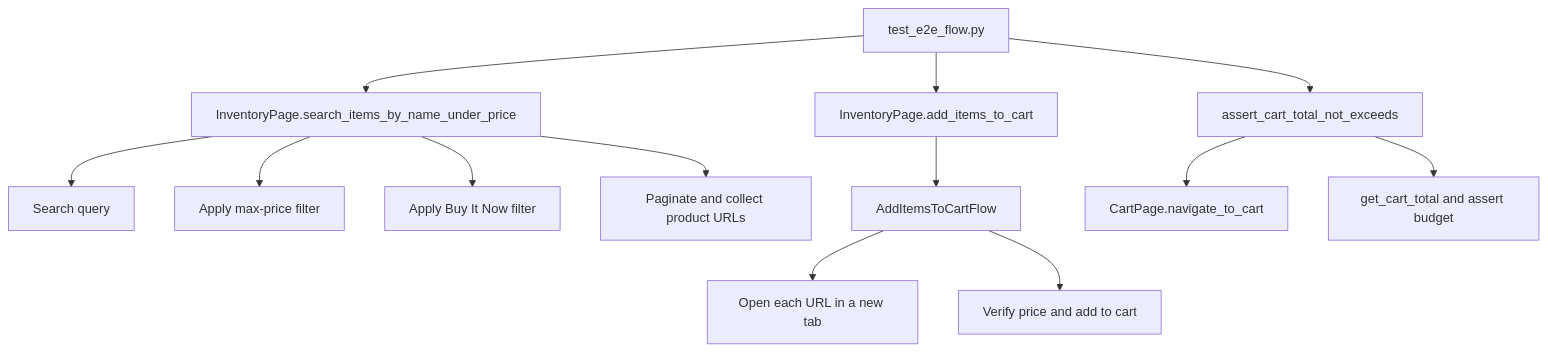
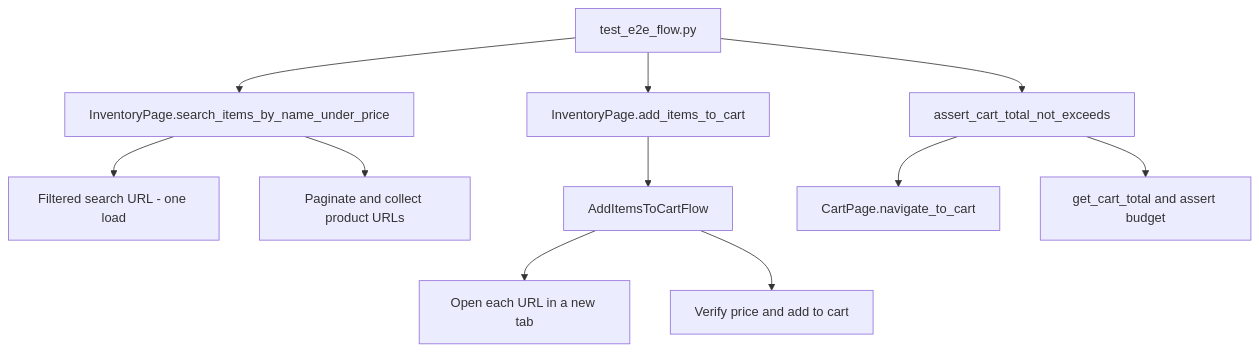
The diagram in README.md (udilub-codemaster/Ness-Assignment), drawn with Mermaid before and after one commit. The commit also changed other lines of this file and 3 other files, not shown here.

````diff
--- a/README.md
+++ b/README.md
@@ -50,15 +50,13 @@
 ```mermaid
 flowchart TD
     T[test_e2e_flow.py] --> S[InventoryPage.search_items_by_name_under_price]
-    S --> S1[Search query]
-    S --> S2[Apply max-price filter]
-    S --> S3[Apply Buy It Now filter]
-    S --> S4[Paginate and collect product URLs]
+    S --> S1[Filtered search URL - one load]
+    S --> S2[Paginate and collect product URLs]
     T --> A[InventoryPage.add_items_to_cart]
     A --> F[AddItemsToCartFlow]
     F --> F1[Open each URL in a new tab]
     F --> F2[Verify price and add to cart]
     T --> V[assert_cart_total_not_exceeds]
     V --> V1[CartPage.navigate_to_cart]
     V --> V2[get_cart_total and assert budget]
 ```
````
